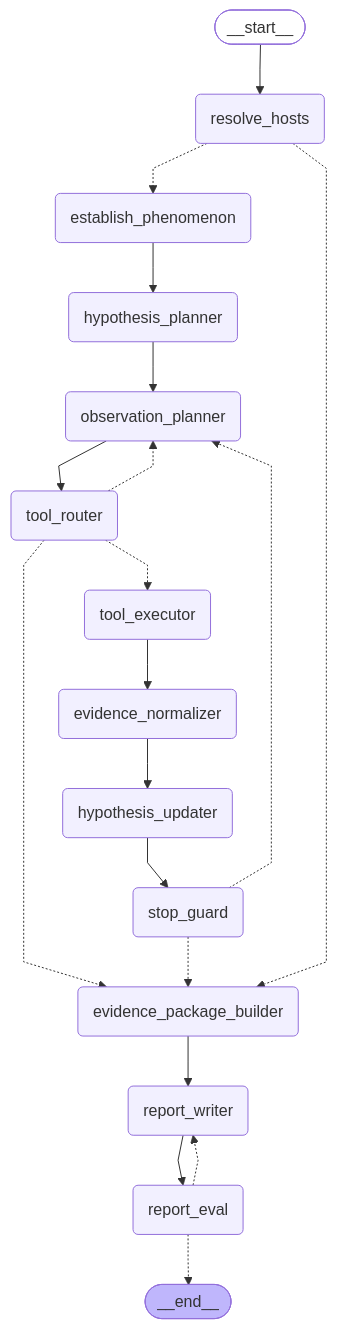
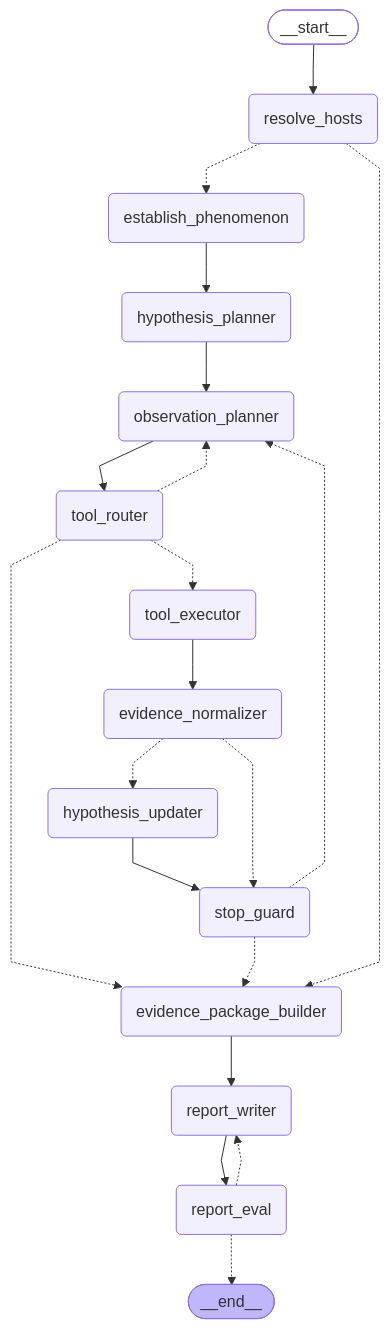
One commit to Edrient17/aiops-rca-orchestrator changed the diagram in rca-api/docs/collector-graph.md. Above: the diagram before and after it, drawn with Mermaid. The commit also changed 5 other files, not shown here.

````diff
--- a/rca-api/docs/collector-graph.md
+++ b/rca-api/docs/collector-graph.md
@@ -10,43 +10,44 @@
 ```mermaid
 ---
 config:
   flowchart:
     curve: linear
 ---
 graph TD;
 	__start__([<p>__start__</p>]):::first
 	resolve_hosts(resolve_hosts)
 	establish_phenomenon(establish_phenomenon)
 	hypothesis_planner(hypothesis_planner)
 	observation_planner(observation_planner)
 	tool_router(tool_router)
 	tool_executor(tool_executor)
 	evidence_normalizer(evidence_normalizer)
 	hypothesis_updater(hypothesis_updater)
 	stop_guard(stop_guard)
 	evidence_package_builder(evidence_package_builder)
 	report_writer(report_writer)
 	report_eval(report_eval)
 	__end__([<p>__end__</p>]):::last
 	__start__ --> resolve_hosts;
 	establish_phenomenon --> hypothesis_planner;
-	evidence_normalizer --> hypothesis_updater;
+	evidence_normalizer -.-> hypothesis_updater;
+	evidence_normalizer -.-> stop_guard;
 	evidence_package_builder --> report_writer;
 	hypothesis_planner --> observation_planner;
 	hypothesis_updater --> stop_guard;
 	observation_planner --> tool_router;
 	report_eval -.-> __end__;
 	report_eval -.-> report_writer;
 	report_writer --> report_eval;
 	resolve_hosts -.-> establish_phenomenon;
 	resolve_hosts -.-> evidence_package_builder;
 	stop_guard -.-> evidence_package_builder;
 	stop_guard -.-> observation_planner;
 	tool_executor --> evidence_normalizer;
 	tool_router -.-> evidence_package_builder;
 	tool_router -.-> observation_planner;
 	tool_router -.-> tool_executor;
 	classDef default fill:#f2f0ff,line-height:1.2
 	classDef first fill-opacity:0
 	classDef last fill:#bfb6fc
 ```
````
